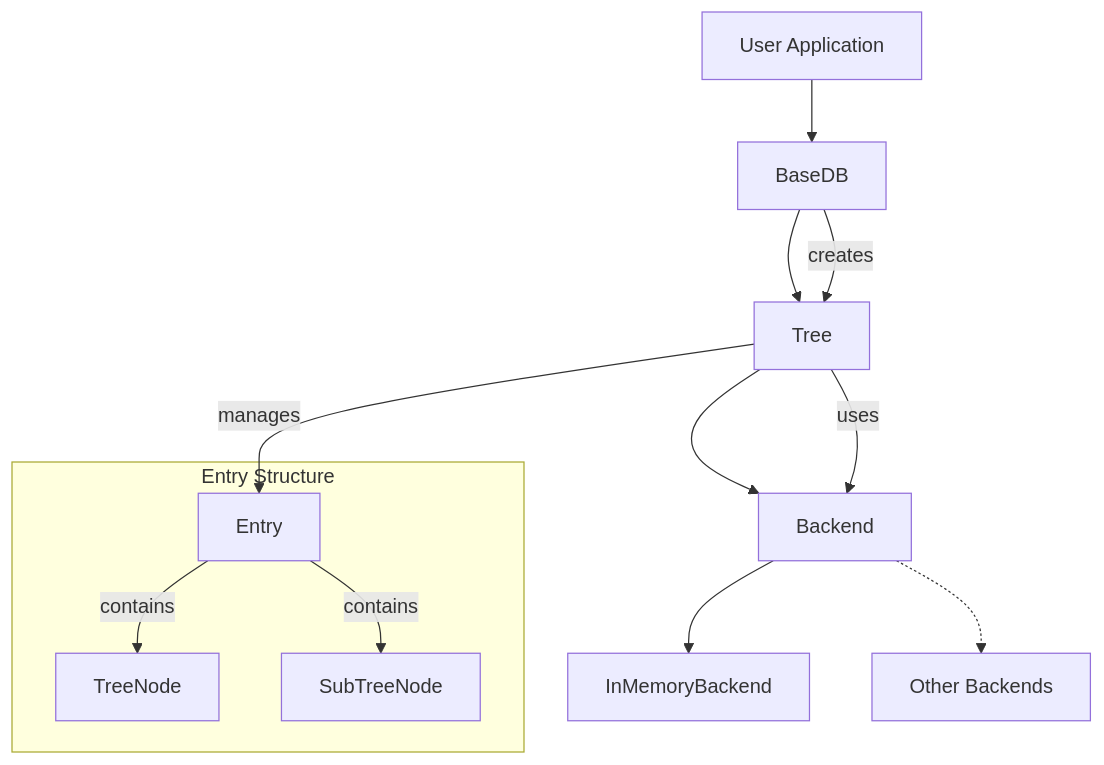
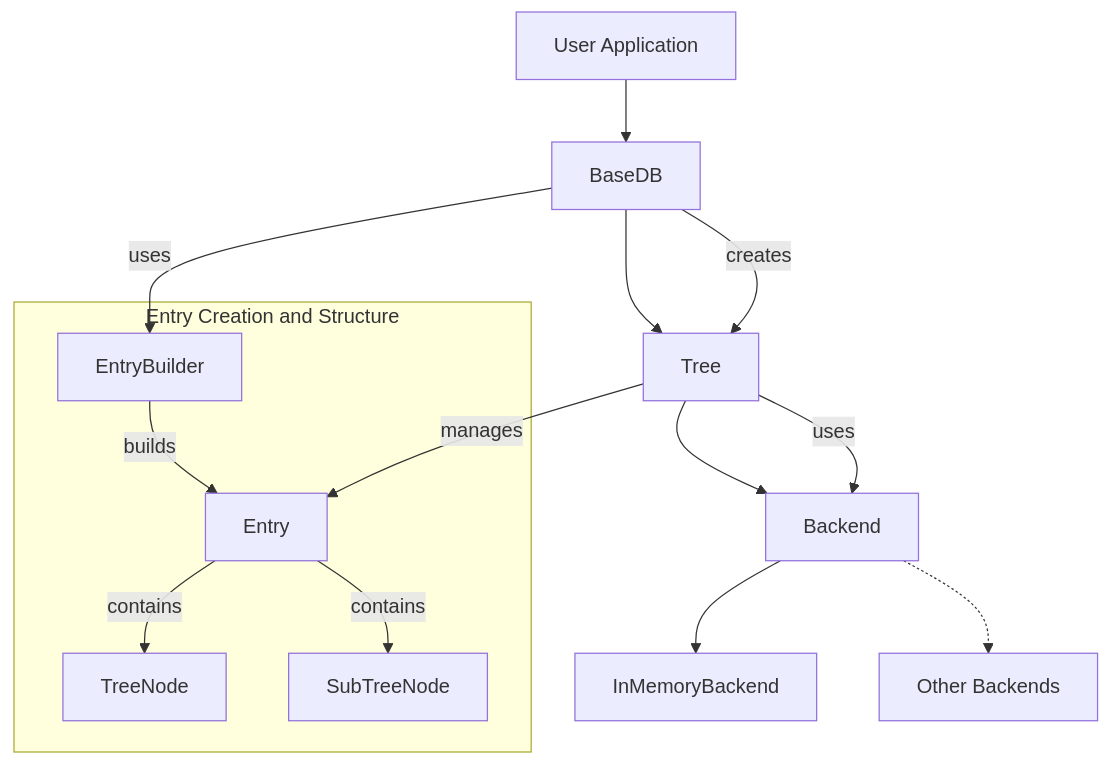
One commit to arcuru/eidetica changed the diagram in docs/src/internal/overview.md. Above: the diagram before and after it, drawn with Mermaid. The commit also changed other lines of this file and 10 other files, not shown here.

First line of the commit message:
refactor(core): Introduce EntryBuilder and make Entry immutable

````diff
--- a/docs/src/internal/overview.md
+++ b/docs/src/internal/overview.md
@@ -9,17 +9,19 @@
 ```mermaid
 graph TD
     A[User Application] --> B[BaseDB]
     B --> C[Tree]
     C --> E[Backend]
     E --> F[InMemoryBackend]
     E -.-> G[Other Backends]
 
-    subgraph Entry Structure
-        D[Entry] -- contains --> I[TreeNode]
+    subgraph Entry Creation and Structure
+        H[EntryBuilder] -- builds --> D[Entry]
+        D -- contains --> I[TreeNode]
         D -- contains --> J[SubTreeNode]
     end
 
     B -- creates --> C
     C -- manages --> D
+    B -- uses --> H
     C -- uses --> E
 ```
````
